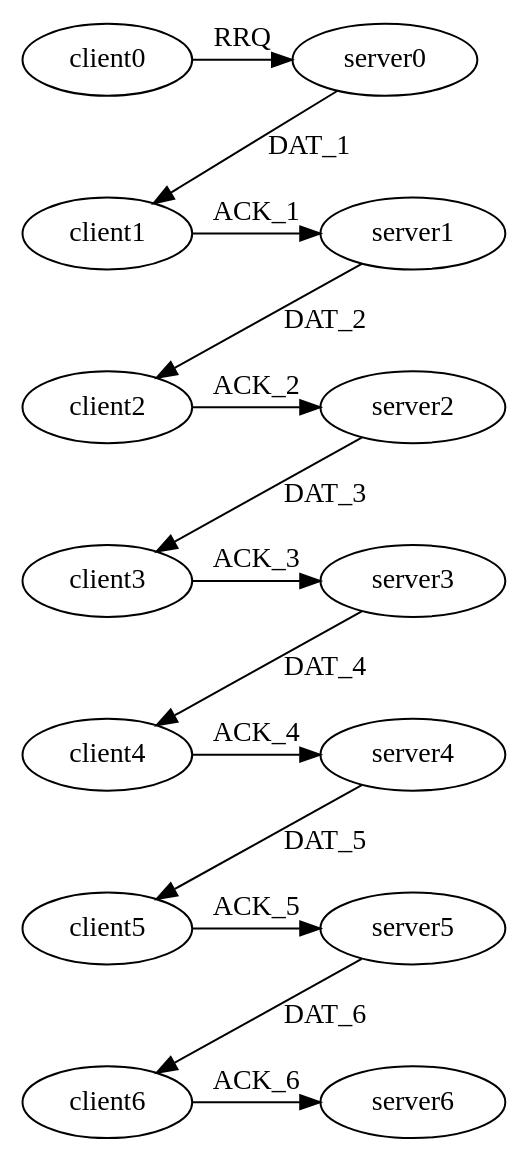
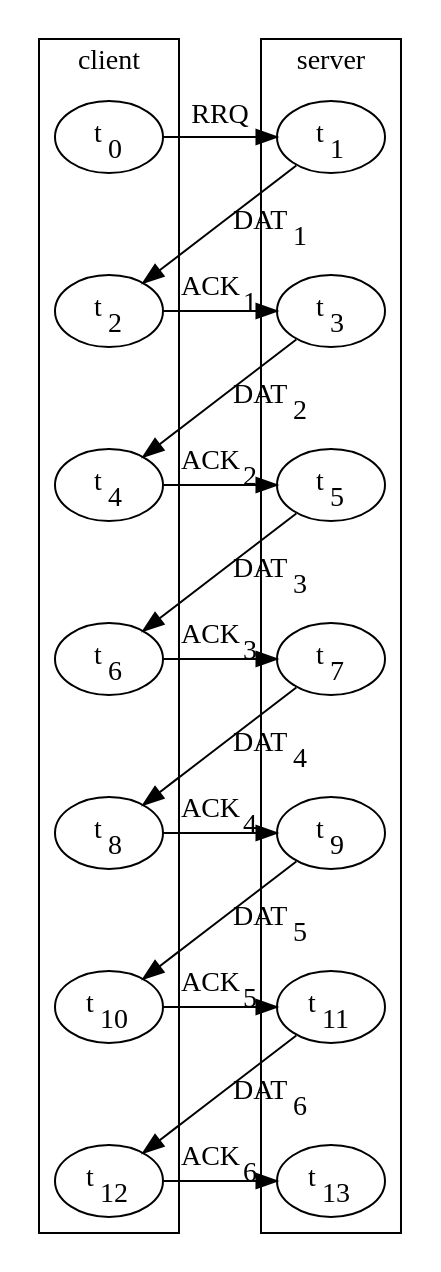
Before and after one commit to piratejon/tftp-den-sem-poster: the diagram in figure1a.dot, drawn with Graphviz.

Commit message:
successful transmission graphic

```diff
--- a/figure1a.dot
+++ b/figure1a.dot
@@ -1,32 +1,51 @@
 strict digraph {
+  subgraph cluster_client {
+    label="client"
+    client0 -> client1 -> client2 -> client3 -> client4 -> client5 -> client6 [style=invis];
+  }
+
+  subgraph cluster_server {
+    label="server"
+    server0 -> server1 -> server2 -> server3 -> server4 -> server5 -> server6 [style=invis];
+  }
+
+  /*
   {rank=same client0 server0}
   {rank=same client1 server1}
   {rank=same client2 server2}
   {rank=same client3 server3}
   {rank=same client4 server4}
   {rank=same client5 server5}
   {rank=same client6 server6}
-  subgraph cluster_client {
-    style=invis;
-    client0 -> client1 -> client2 -> client3 -> client4 -> client5 -> client6 [style=invis];
-  }
+  */
 
-  subgraph cluster_server {
-    style=invis;
-    server0 -> server1 -> server2 -> server3 -> server4 -> server5 -> server6 [style=invis];
-  }
+  client0[label=<t<SUB>0</SUB>>];
+  client1[label=<t<SUB>2</SUB>>];
+  client2[label=<t<SUB>4</SUB>>];
+  client3[label=<t<SUB>6</SUB>>];
+  client4[label=<t<SUB>8</SUB>>];
+  client5[label=<t<SUB>10</SUB>>];
+  client6[label=<t<SUB>12</SUB>>];
 
-  "client0" -> "server0" [label="RRQ"];
-  "server0" -> "client1" [label="DAT_1"];
-  "client1" -> "server1" [label="ACK_1"];
-  "server1" -> "client2" [label="DAT_2"];
-  "client2" -> "server2" [label="ACK_2"];
-  "server2" -> "client3" [label="DAT_3"];
-  "client3" -> "server3" [label="ACK_3"];
-  "server3" -> "client4" [label="DAT_4"];
-  "client4" -> "server4" [label="ACK_4"];
-  "server4" -> "client5" [label="DAT_5"];
-  "client5" -> "server5" [label="ACK_5"];
-  "server5" -> "client6" [label="DAT_6"];
-  "client6" -> "server6" [label="ACK_6"];
+  server0[label=<t<SUB>1</SUB>>];
+  server1[label=<t<SUB>3</SUB>>];
+  server2[label=<t<SUB>5</SUB>>];
+  server3[label=<t<SUB>7</SUB>>];
+  server4[label=<t<SUB>9</SUB>>];
+  server5[label=<t<SUB>11</SUB>>];
+  server6[label=<t<SUB>13</SUB>>];
+
+  "client0" -> "server0" [constraint=false,label="RRQ"];
+  "server0" -> "client1" [constraint=false,label=<DAT<SUB>1</SUB>>];
+  "client1" -> "server1" [constraint=false,label=<ACK<SUB>1</SUB>>];
+  "server1" -> "client2" [constraint=false,label=<DAT<SUB>2</SUB>>];
+  "client2" -> "server2" [constraint=false,label=<ACK<SUB>2</SUB>>];
+  "server2" -> "client3" [constraint=false,label=<DAT<SUB>3</SUB>>];
+  "client3" -> "server3" [constraint=false,label=<ACK<SUB>3</SUB>>];
+  "server3" -> "client4" [constraint=false,label=<DAT<SUB>4</SUB>>];
+  "client4" -> "server4" [constraint=false,label=<ACK<SUB>4</SUB>>];
+  "server4" -> "client5" [constraint=false,label=<DAT<SUB>5</SUB>>];
+  "client5" -> "server5" [constraint=false,label=<ACK<SUB>5</SUB>>];
+  "server5" -> "client6" [constraint=false,label=<DAT<SUB>6</SUB>>];
+  "client6" -> "server6" [constraint=false,label=<ACK<SUB>6</SUB>>];
 }
```
